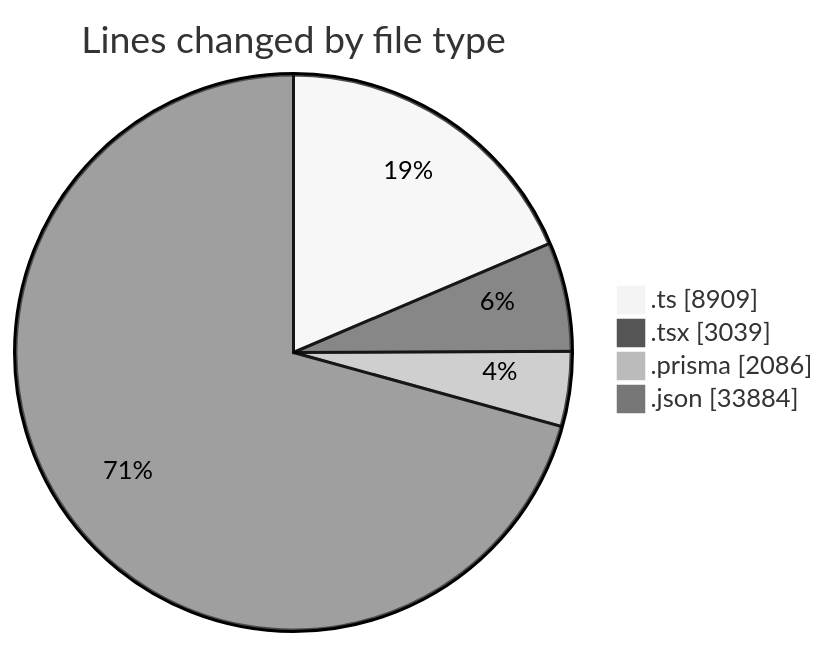
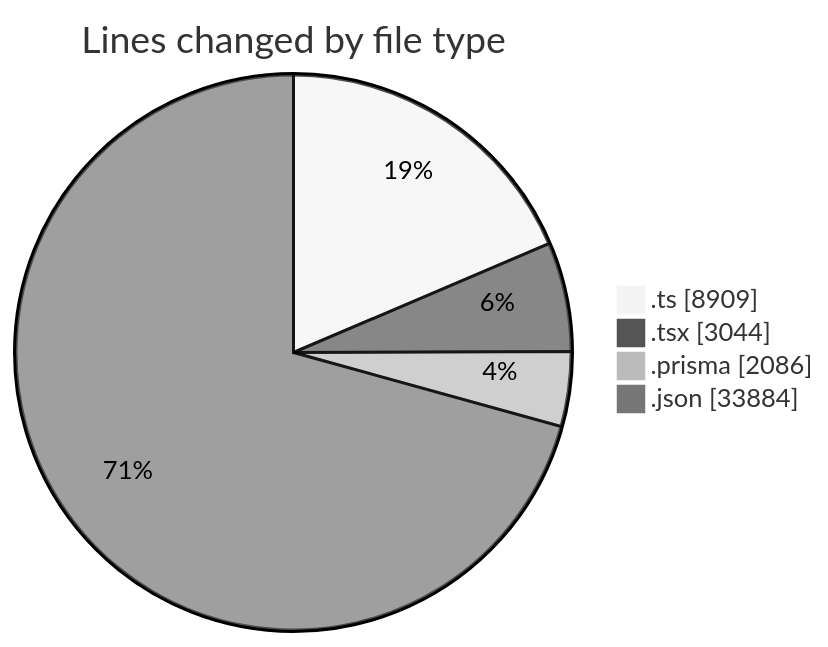
One commit to CELIANVF/code-tracking changed the first of 2 diagrams in 2025-05-19/ecodeli-1/README.md. Above: the diagram before and after it, drawn with Mermaid (neutral theme). The commit also changed other lines of this file and 1 other file, not shown here.

````diff
--- a/2025-05-19/ecodeli-1/README.md
+++ b/2025-05-19/ecodeli-1/README.md
@@ -56,8 +56,8 @@
 ```mermaid
 pie showData
 title Lines changed by file type
 ".ts" : 8909
-".tsx" : 3039
+".tsx" : 3044
 ".prisma" : 2086
 ".json" : 33884
 ```
````
